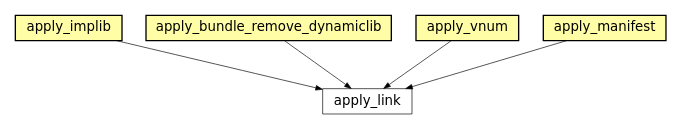
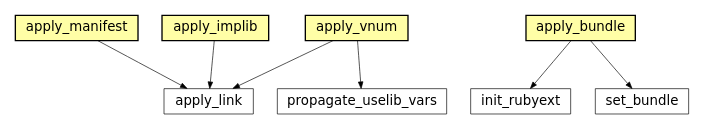
The sixth of 45 diagrams in docs/sphinx/featuremap.rst (electronicvisions/waf), drawn with Graphviz before and after one commit. The commit also changed other lines of this file and 3 other files, not shown here.

```diff
--- a/docs/sphinx/featuremap.rst
+++ b/docs/sphinx/featuremap.rst
@@ -175,14 +198,19 @@
 .. graphviz::
 
 	digraph feature_cshlib {
-	size="8.0, 12.0";
-		"apply_implib" [style="setlinewidth(0.5)",URL="tools/ccroot.html#waflib.Tools.ccroot.apply_implib",fontname="Vera Sans, DejaVu Sans, Liberation Sans, Arial, Helvetica, sans",height=0.25,shape=box,fontsize=10,fillcolor="#fffea6",style=filled];
-	"apply_bundle_remove_dynamiclib" [style="setlinewidth(0.5)",URL="tools/c_osx.html#waflib.Tools.c_osx.apply_bundle_remove_dynamiclib",fontname="Vera Sans, DejaVu Sans, Liberation Sans, Arial, Helvetica, sans",height=0.25,shape=box,fontsize=10,fillcolor="#fffea6",style=filled];
-	"apply_vnum" [style="setlinewidth(0.5)",URL="tools/ccroot.html#waflib.Tools.ccroot.apply_vnum",fontname="Vera Sans, DejaVu Sans, Liberation Sans, Arial, Helvetica, sans",height=0.25,shape=box,fontsize=10,fillcolor="#fffea6",style=filled];
-	"apply_manifest" [style="setlinewidth(0.5)",URL="tools/msvc.html#waflib.Tools.msvc.apply_manifest",fontname="Vera Sans, DejaVu Sans, Liberation Sans, Arial, Helvetica, sans",height=0.25,shape=box,fontsize=10,fillcolor="#fffea6",style=filled];
-	"apply_link" [style="setlinewidth(0.5)",URL="tools/ccroot.html#waflib.Tools.ccroot.apply_link",fontname="Vera Sans, DejaVu Sans, Liberation Sans, Arial, Helvetica, sans",height=0.25,shape=box,fontsize=10];
-	"apply_implib" -> "apply_link" [arrowsize=0.5,style="setlinewidth(0.5)"];
-	"apply_bundle_remove_dynamiclib" -> "apply_link" [arrowsize=0.5,style="setlinewidth(0.5)"];
-	"apply_vnum" -> "apply_link" [arrowsize=0.5,style="setlinewidth(0.5)"];
-	"apply_manifest" -> "apply_link" [arrowsize=0.5,style="setlinewidth(0.5)"];
+		size="8.0, 12.0";
+		apply_manifest [style="setlinewidth(0.5)",URL="tools/msvc.html#waflib.Tools.msvc.apply_manifest",target="_top",fontname="Vera Sans, DejaVu Sans, Liberation Sans, Arial, Helvetica, sans",height=0.25,shape="rectangle",fontsize=10,fillcolor="#fffea6",style=filled];
+		apply_link [style="setlinewidth(0.5)",URL="tools/ccroot.html#waflib.Tools.ccroot.apply_link",target="_top",fontname="Vera Sans, DejaVu Sans, Liberation Sans, Arial, Helvetica, sans",height=0.25,shape="rectangle",fontsize=10];
+		apply_implib [style="setlinewidth(0.5)",URL="tools/ccroot.html#waflib.Tools.ccroot.apply_implib",target="_top",fontname="Vera Sans, DejaVu Sans, Liberation Sans, Arial, Helvetica, sans",height=0.25,shape="rectangle",fontsize=10,fillcolor="#fffea6",style=filled];
+		init_rubyext [style="setlinewidth(0.5)",URL="tools/ruby.html#waflib.Tools.ruby.init_rubyext",target="_top",fontname="Vera Sans, DejaVu Sans, Liberation Sans, Arial, Helvetica, sans",height=0.25,shape="rectangle",fontsize=10];
+		set_bundle [style="setlinewidth(0.5)",URL="tools/python.html#waflib.Tools.python.set_bundle",target="_top",fontname="Vera Sans, DejaVu Sans, Liberation Sans, Arial, Helvetica, sans",height=0.25,shape="rectangle",fontsize=10];
+		propagate_uselib_vars [style="setlinewidth(0.5)",URL="tools/ccroot.html#waflib.Tools.ccroot.propagate_uselib_vars",target="_top",fontname="Vera Sans, DejaVu Sans, Liberation Sans, Arial, Helvetica, sans",height=0.25,shape="rectangle",fontsize=10];
+		apply_vnum [style="setlinewidth(0.5)",URL="tools/ccroot.html#waflib.Tools.ccroot.apply_vnum",target="_top",fontname="Vera Sans, DejaVu Sans, Liberation Sans, Arial, Helvetica, sans",height=0.25,shape="rectangle",fontsize=10,fillcolor="#fffea6",style=filled];
+		apply_bundle [style="setlinewidth(0.5)",URL="tools/c_osx.html#waflib.Tools.c_osx.apply_bundle",target="_top",fontname="Vera Sans, DejaVu Sans, Liberation Sans, Arial, Helvetica, sans",height=0.25,shape="rectangle",fontsize=10,fillcolor="#fffea6",style=filled];
+		"apply_implib" -> "apply_link" [arrowsize=0.5,style="setlinewidth(0.5)"];
+		"apply_vnum" -> "apply_link" [arrowsize=0.5,style="setlinewidth(0.5)"];
+		"apply_vnum" -> "propagate_uselib_vars" [arrowsize=0.5,style="setlinewidth(0.5)"];
+		"apply_manifest" -> "apply_link" [arrowsize=0.5,style="setlinewidth(0.5)"];
+		"apply_bundle" -> "init_rubyext" [arrowsize=0.5,style="setlinewidth(0.5)"];
+		"apply_bundle" -> "set_bundle" [arrowsize=0.5,style="setlinewidth(0.5)"];
 	}
```
